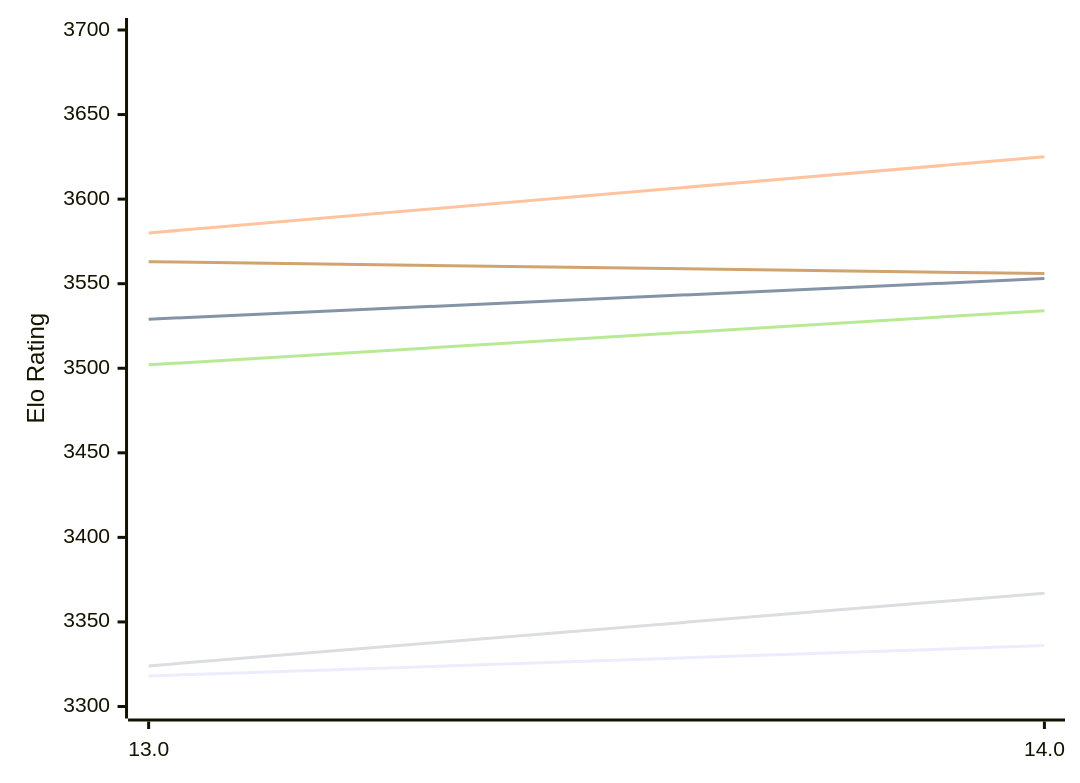
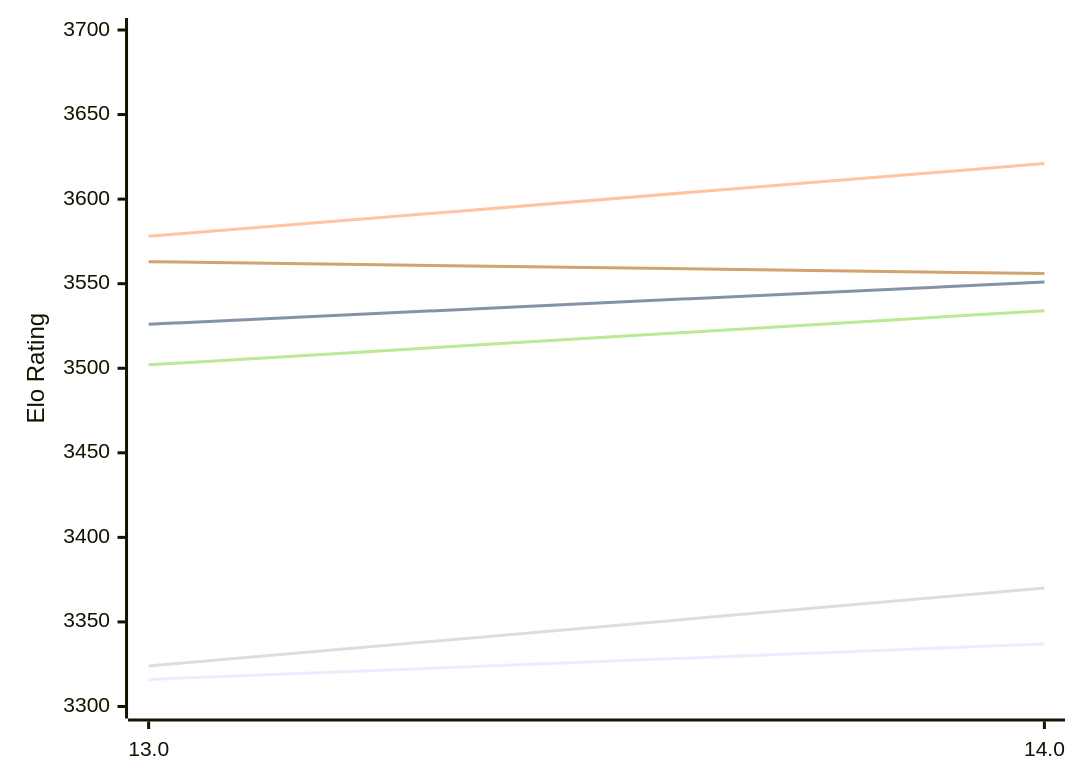
Before and after one commit to computer-chess-index/cci: the first of 2 diagrams in engines/Tcheran.md, drawn with Mermaid. The commit also changed other lines of this file, not shown here.

Commit message:
Update CCI Ratings (ELO VLTC) - 2026-11-27

````diff
--- a/engines/Tcheran.md
+++ b/engines/Tcheran.md
@@ -55,12 +55,12 @@
 ```mermaid
 %%{init: {"theme":"base","themeVariables":{"seriesColors:['#a3a3a3','#222221','#faa371']}}}%%
 xychart-beta
   x-axis ["13.0", "14.0"]
   y-axis "Elo Rating" 3300 --> 3700
-  line "E1: STC (8.0+0.08s)" [3318, 3336]
-  line "E1: LTC (60.0+0.60s)" [3529, 3553]
-  line "E1: VLTC (2m24s+1.12s)" [3580, 3625]
-  line "P1: STC (8.0+0.08s)" [3324, 3367]
+  line "E1: STC (8.0+0.08s)" [3316, 3337]
+  line "E1: LTC (60.0+0.60s)" [3526, 3551]
+  line "E1: VLTC (2m24s+1.12s)" [3578, 3621]
+  line "P1: STC (8.0+0.08s)" [3324, 3370]
   line "P1: LTC (60.0+0.60s)" [3502, 3534]
   line "P1: VLTC (2m24s+1.12s)" [3563, 3556]
 ```
````
